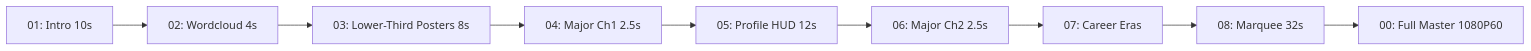
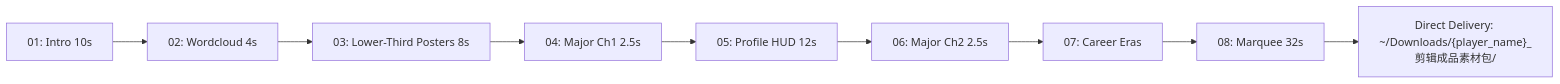
One commit to YoungG97/nba-animation-effects changed the first of 2 diagrams in README.md. Above: the diagram before and after it, drawn with Mermaid. The commit also changed other lines of this file and 1 other file, not shown here.

Commit message:
feat: align pipeline and docs with Option B delivery and direct timeline-ordered track standards

````diff
--- a/README.md
+++ b/README.md
@@ -49,11 +49,11 @@
 ```mermaid
 flowchart LR
     Intro["01: Intro 10s"] --> WC["02: Wordcloud 4s"]
     WC --> Posters["03: Lower-Third Posters 8s"]
     Posters --> Ch1["04: Major Ch1 2.5s"]
     Ch1 --> HUD["05: Profile HUD 12s"]
     HUD --> Ch2["06: Major Ch2 2.5s"]
     Ch2 --> Eras["07: Career Eras"]
     Eras --> Marquee["08: Marquee 32s"]
-    Marquee --> Master["00: Full Master 1080P60"]
+    Marquee --> Folder["Direct Delivery: ~/Downloads/{player_name}_剪辑成品素材包/"]
 ```
````
